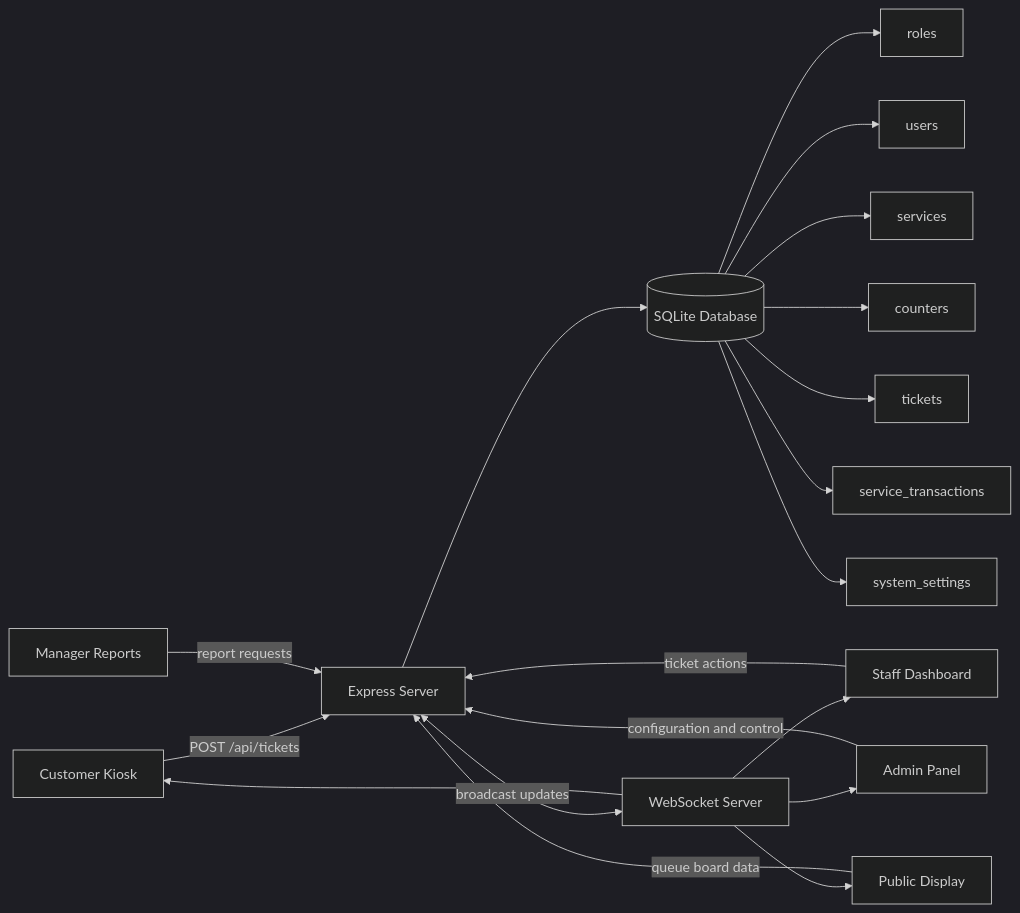
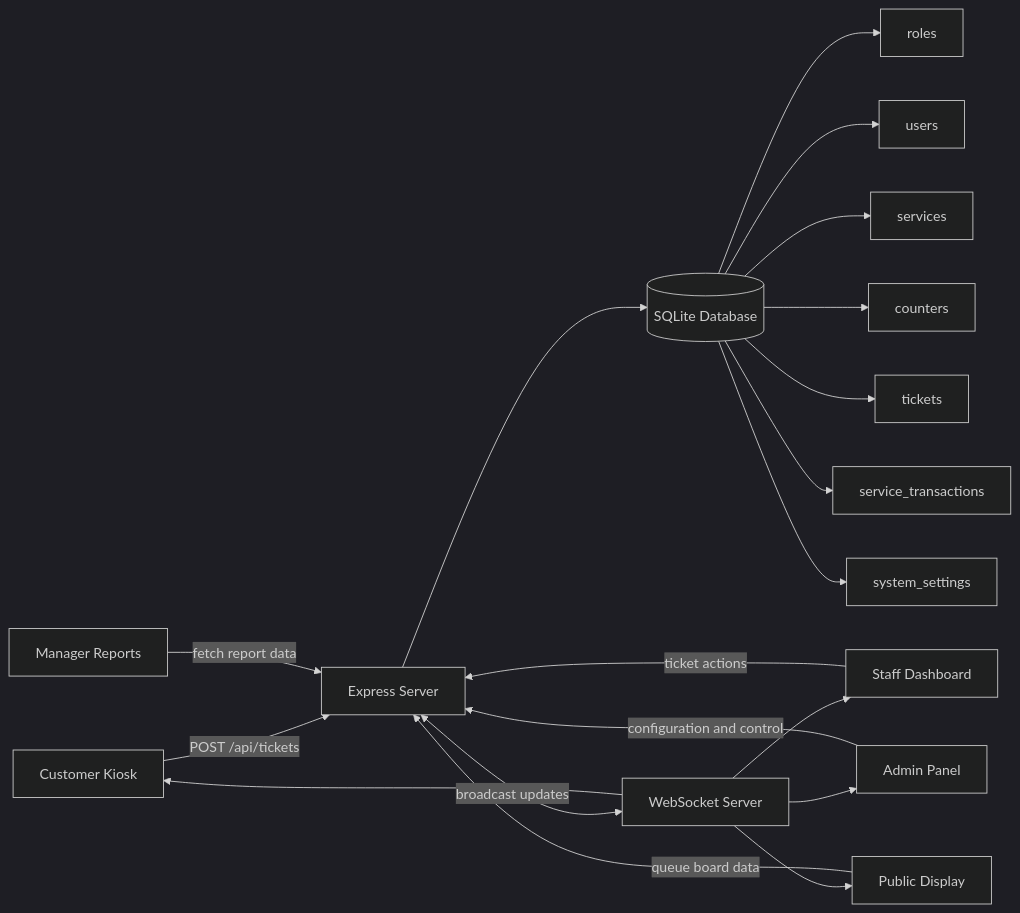
One commit to Abdinoor-elmi/smart-queue changed the first of 3 diagrams in FINAL_DOCUMENTATION.md. Above: the diagram before and after it, drawn with Mermaid (dark theme). The commit also changed other lines of this file and 3 other files, not shown here.

````diff
--- a/FINAL_DOCUMENTATION.md
+++ b/FINAL_DOCUMENTATION.md
@@ -44,23 +44,23 @@
 ```mermaid
 flowchart LR
     Customer[Customer Kiosk] -->|POST /api/tickets| Express[Express Server]
     Staff[Staff Dashboard] -->|ticket actions| Express
     Admin[Admin Panel] -->|configuration and control| Express
-    Manager[Manager Reports] -->|report requests| Express
+    Manager[Manager Reports] -->|fetch report data| Express
     Display[Public Display] -->|queue board data| Express
 
     Express --> SQLite[(SQLite Database)]
     Express <-->|broadcast updates| WebSocket[WebSocket Server]
     WebSocket --> Customer
     WebSocket --> Staff
     WebSocket --> Admin
     WebSocket --> Display
 
     SQLite --> Roles[roles]
     SQLite --> Users[users]
     SQLite --> Services[services]
     SQLite --> Counters[counters]
     SQLite --> Tickets[tickets]
     SQLite --> Transactions[service_transactions]
     SQLite --> Settings[system_settings]
 ```
````
